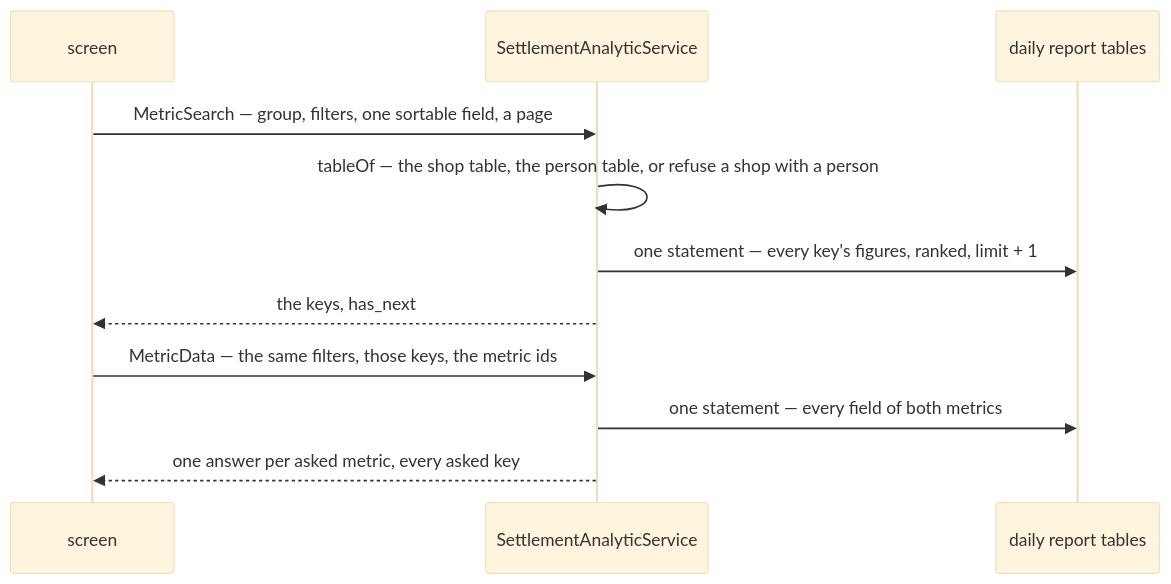
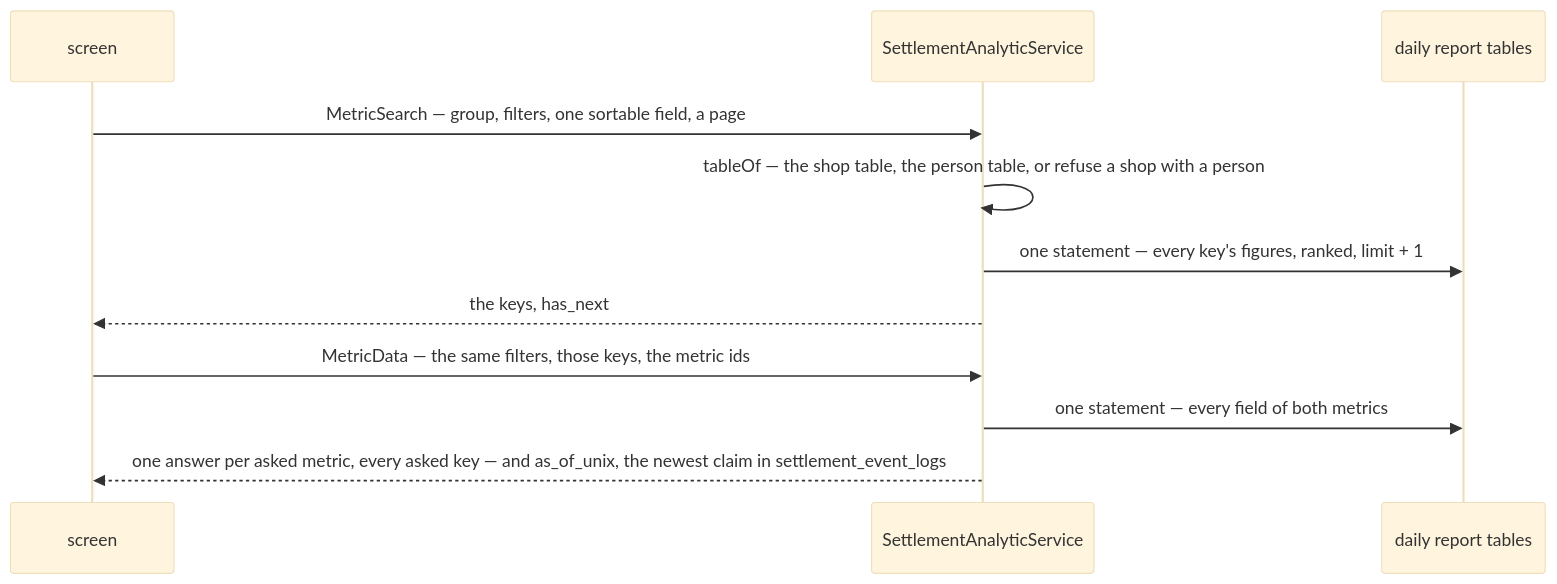
Before and after one commit to pdcgo/warehouse_revamp: the seventh of 7 diagrams in docs/services/settlement_service/rpc.md, drawn with Mermaid (base theme). The commit also changed other lines of this file and 703 other files, not shown here.

````diff
--- a/docs/services/settlement_service/rpc.md
+++ b/docs/services/settlement_service/rpc.md
@@ -292,13 +292,13 @@
 ```mermaid
 sequenceDiagram
   participant S as screen
   participant A as SettlementAnalyticService
   participant D as daily report tables
   S->>A: MetricSearch — group, filters, one sortable field, a page
   A->>A: tableOf — the shop table, the person table, or refuse a shop with a person
   A->>D: one statement — every key's figures, ranked, limit + 1
   A-->>S: the keys, has_next
   S->>A: MetricData — the same filters, those keys, the metric ids
   A->>D: one statement — every field of both metrics
-  A-->>S: one answer per asked metric, every asked key
+  A-->>S: one answer per asked metric, every asked key — and as_of_unix, the newest claim in settlement_event_logs
 ```
````
